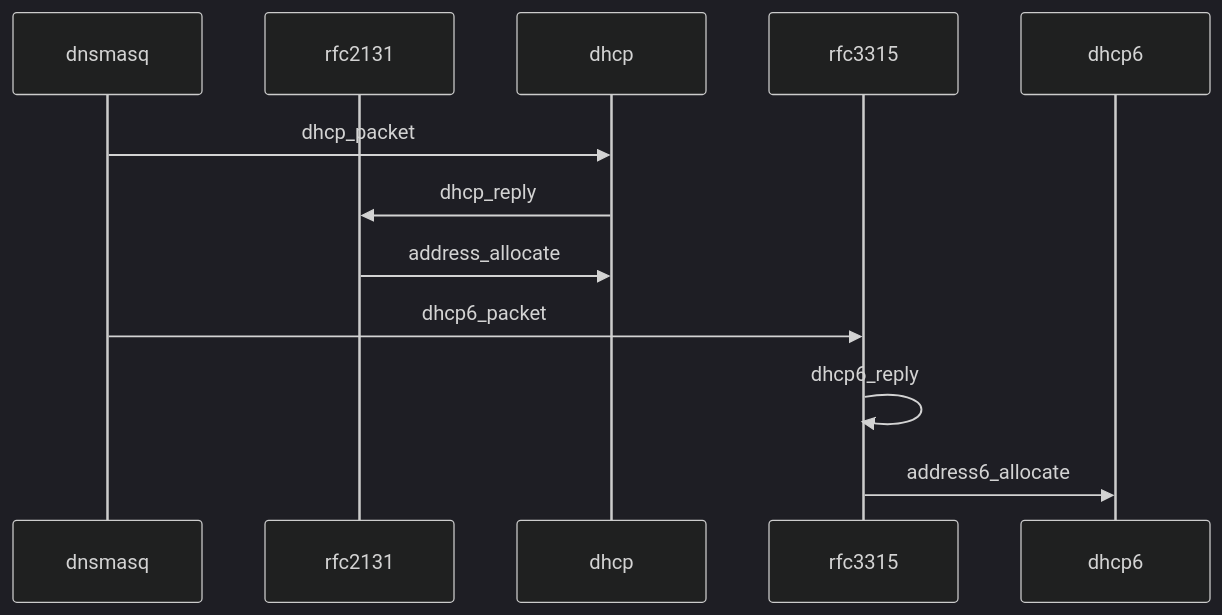
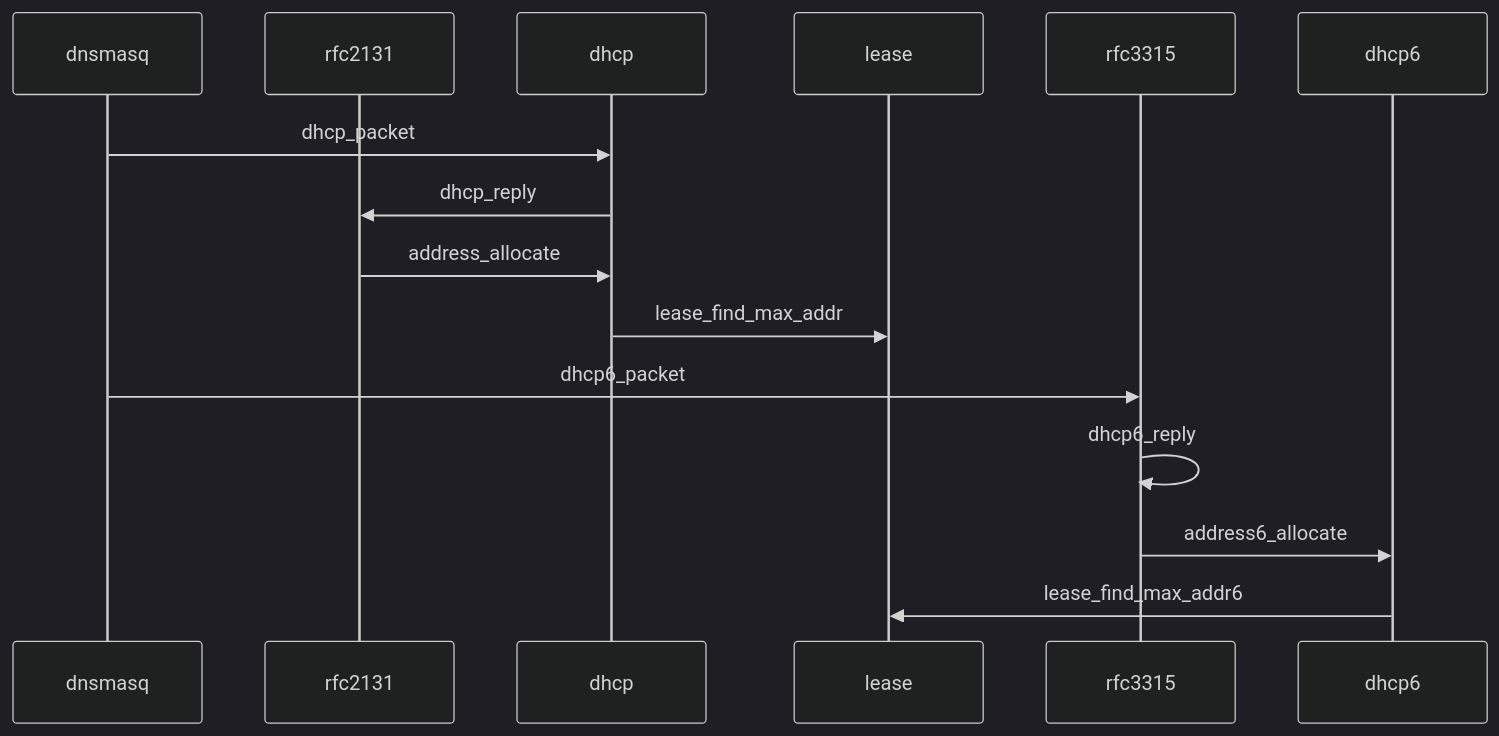
Before and after one commit to uplusplus/dnsmasq: the second of 5 diagrams in README.md, drawn with Mermaid (dark theme).

````diff
--- a/README.md
+++ b/README.md
@@ -45,15 +45,20 @@
 ```mermaid
 sequenceDiagram
 participant dnsmasq
 participant rfc2131
 participant dhcp
+participant lease
 participant rfc3315
 participant dhcp6
+
 
 dnsmasq ->> dhcp:dhcp_packet
 dhcp ->> rfc2131:dhcp_reply
 rfc2131 ->>dhcp:address_allocate
+dhcp ->> lease:lease_find_max_addr
+
 dnsmasq ->> rfc3315:dhcp6_packet
 rfc3315 ->>rfc3315:dhcp6_reply
 rfc3315 ->>dhcp6:address6_allocate
+dhcp6 ->> lease:lease_find_max_addr6
 ```
````
